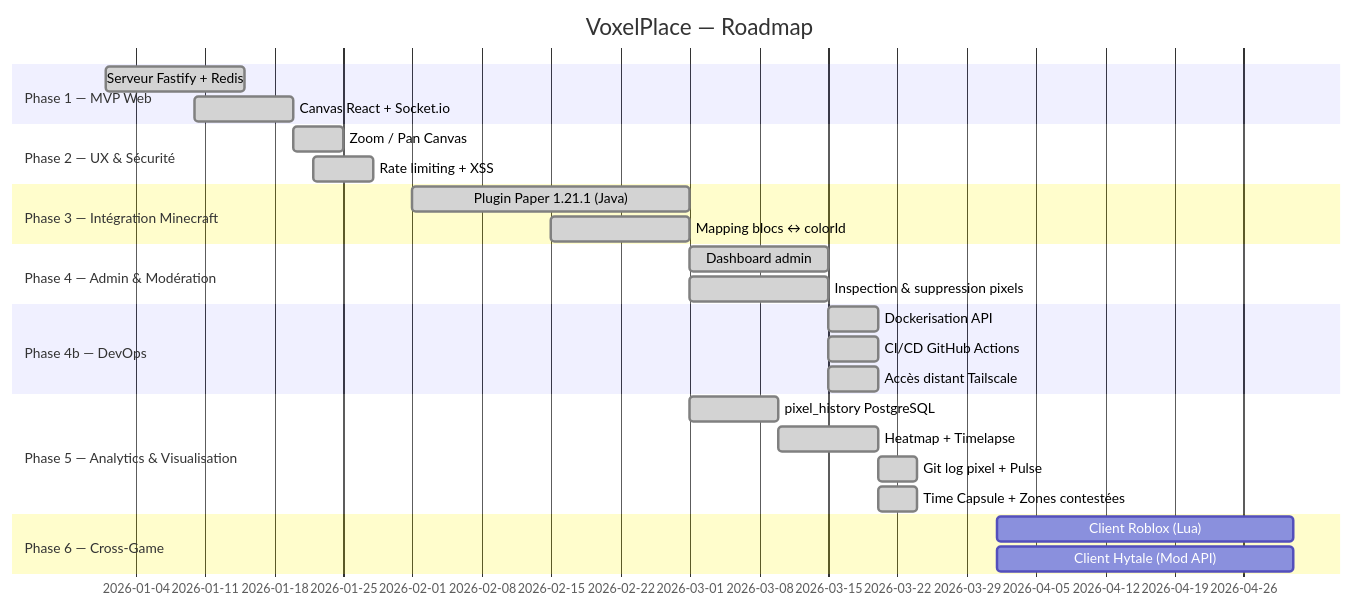
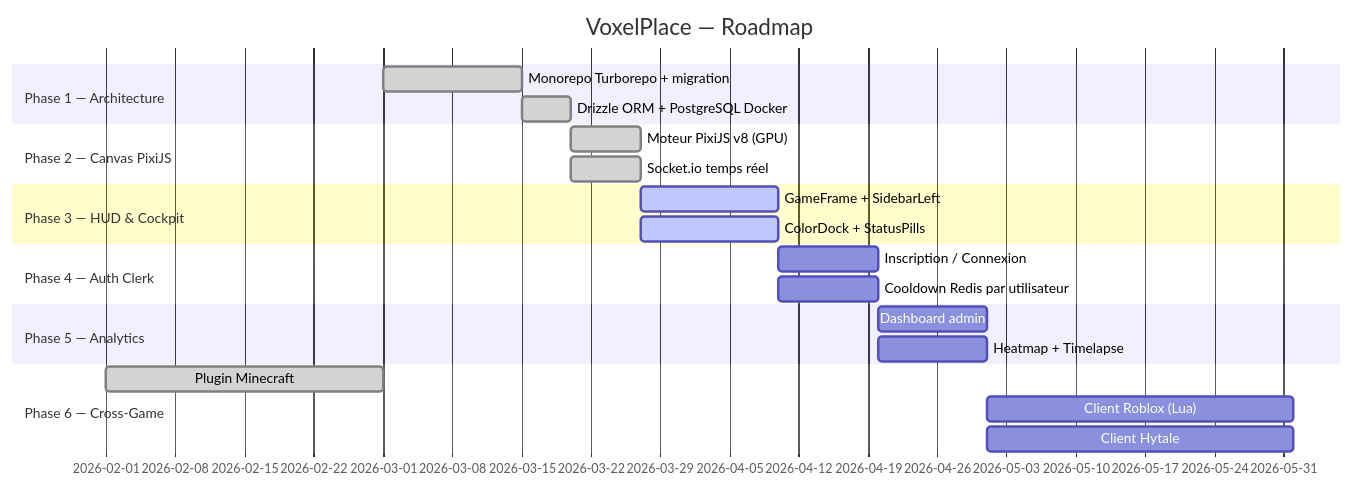
The third of 3 diagrams in README.md (MaKSiiMe/VoxelPlace), drawn with Mermaid before and after one commit. The commit also changed other lines of this file and 101 other files, not shown here.

First line of the commit message:
feat: migrate to Turborepo monorepo with Next.js 16 and PixiJS v8

````diff
--- a/README.md
+++ b/README.md
@@ -729,29 +663,24 @@
 ```mermaid
 gantt
     title VoxelPlace — Roadmap
     dateFormat  YYYY-MM-DD
-    section Phase 1 — MVP Web
-    Serveur Fastify + Redis          :done, 2026-01-01, 2026-01-15
-    Canvas React + Socket.io         :done, 2026-01-10, 2026-01-20
-    section Phase 2 — UX & Sécurité
-    Zoom / Pan Canvas                :done, 2026-01-20, 2026-01-25
-    Rate limiting + XSS              :done, 2026-01-22, 2026-01-28
-    section Phase 3 — Intégration Minecraft
-    Plugin Paper 1.21.1 (Java)       :done, 2026-02-01, 2026-03-01
-    Mapping blocs ↔ colorId          :done, 2026-02-15, 2026-03-01
-    section Phase 4 — Admin & Modération
-    Dashboard admin                  :done, 2026-03-01, 2026-03-15
-    Inspection & suppression pixels  :done, 2026-03-01, 2026-03-15
-    section Phase 4b — DevOps
-    Dockerisation API                :done, 2026-03-15, 2026-03-20
-    CI/CD GitHub Actions             :done, 2026-03-15, 2026-03-20
-    Accès distant Tailscale          :done, 2026-03-15, 2026-03-20
-    section Phase 5 — Analytics & Visualisation
-    pixel_history PostgreSQL         :done, 2026-03-01, 2026-03-10
-    Heatmap + Timelapse              :done, 2026-03-10, 2026-03-20
-    Git log pixel + Pulse            :done, 2026-03-20, 2026-03-24
-    Time Capsule + Zones contestées  :done, 2026-03-20, 2026-03-24
+    section Phase 1 — Architecture
+    Monorepo Turborepo + migration     :done, 2026-03-01, 2026-03-15
+    Drizzle ORM + PostgreSQL Docker    :done, 2026-03-15, 2026-03-20
+    section Phase 2 — Canvas PixiJS
+    Moteur PixiJS v8 (GPU)             :done, 2026-03-20, 2026-03-27
+    Socket.io temps réel               :done, 2026-03-20, 2026-03-27
+    section Phase 3 — HUD & Cockpit
+    GameFrame + SidebarLeft            :active, 2026-03-27, 2026-04-10
+    ColorDock + StatusPills            :active, 2026-03-27, 2026-04-10
+    section Phase 4 — Auth Clerk
+    Inscription / Connexion            :2026-04-10, 2026-04-20
+    Cooldown Redis par utilisateur     :2026-04-10, 2026-04-20
+    section Phase 5 — Analytics
+    Dashboard admin                    :2026-04-20, 2026-05-01
+    Heatmap + Timelapse                :2026-04-20, 2026-05-01
     section Phase 6 — Cross-Game
-    Client Roblox (Lua)              :2026-04-01, 2026-05-01
-    Client Hytale (Mod API)          :2026-04-01, 2026-05-01
+    Plugin Minecraft                   :done, 2026-02-01, 2026-03-01
+    Client Roblox (Lua)                :2026-05-01, 2026-06-01
+    Client Hytale                      :2026-05-01, 2026-06-01
 ```
````
